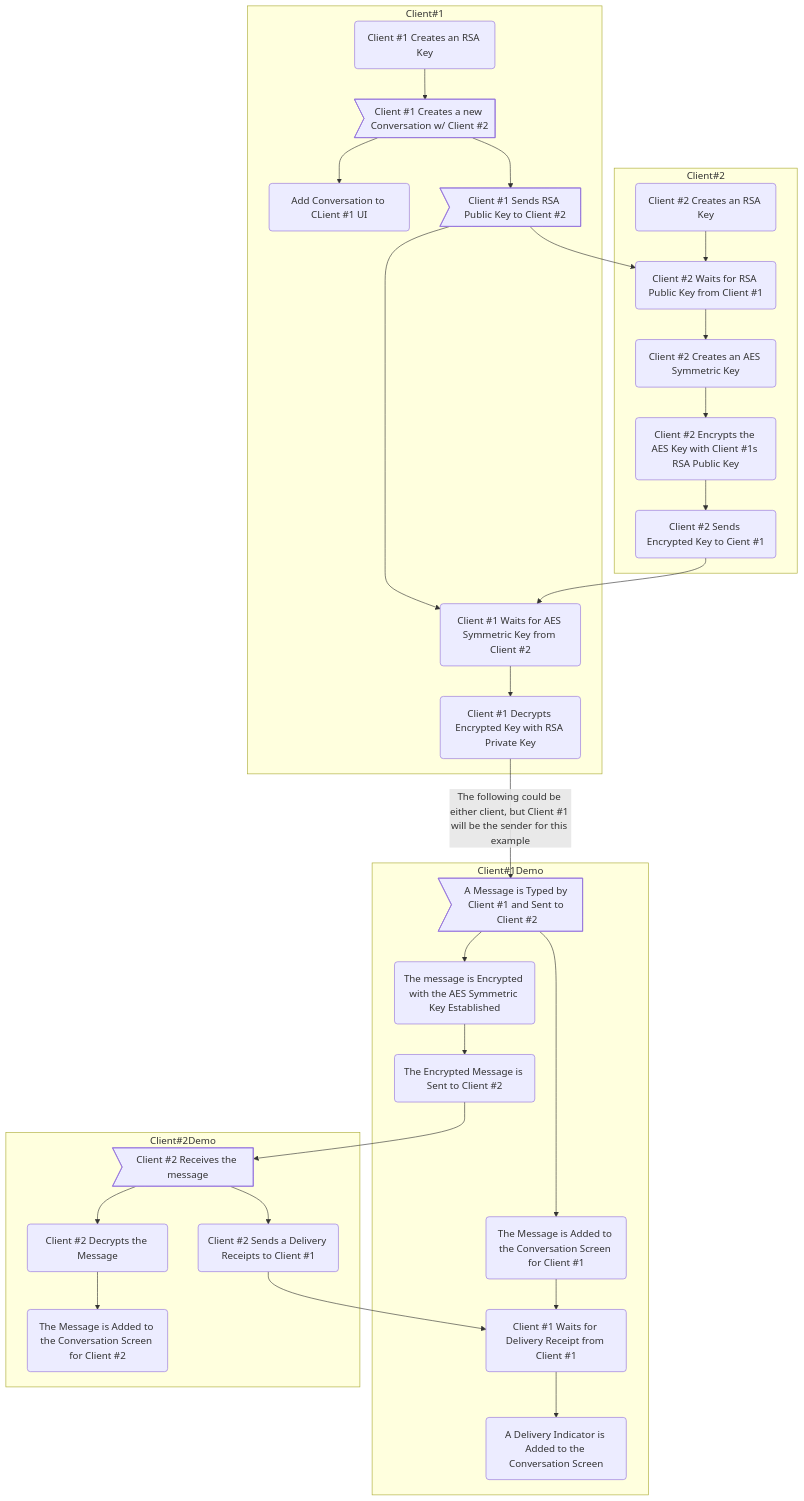
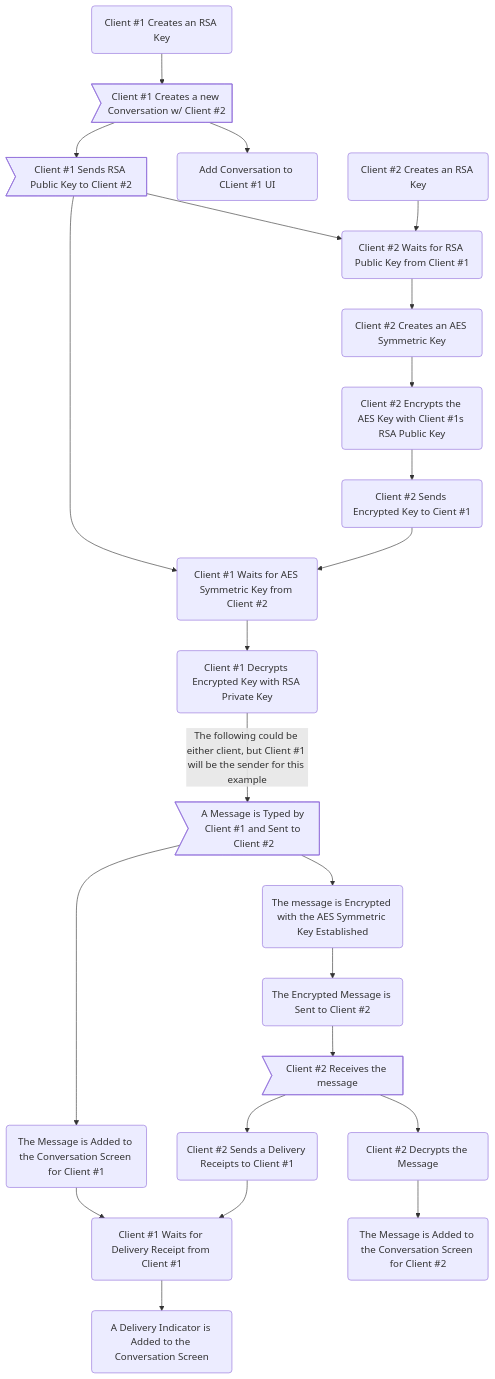
Before and after one commit to xXCrash2BomberXx/TinyChat: the diagram in README.md, drawn with Mermaid.

````diff
--- a/README.md
+++ b/README.md
@@ -72,35 +72,25 @@
 ```mermaid
 graph TB;
-  subgraph "Client#1"
   A(Client #1 Creates an RSA Key) --> B>Client #1 Creates a new Conversation w/ Client #2];
   B --> D(Add Conversation to CLient #1 UI);
   B --> E>Client #1 Sends RSA Public Key to Client #2];
-  end
-  subgraph "Client#2"
   F(Client #2 Creates an RSA Key) --> G(Client #2 Waits for RSA Public Key from Client #1);
   E --> G;
   G --> H(Client #2 Creates an AES Symmetric Key);
   H -->I(Client #2 Encrypts the AES Key with Client #1s RSA Public Key);
   I -->J(Client #2 Sends Encrypted Key to Cient #1);
-  end
-  subgraph "Client#1"
   E --> K(Client #1 Waits for AES Symmetric Key from Client #2);
   J --> K;
   K --> L(Client #1 Decrypts Encrypted Key with RSA Private Key);
-  end
-  subgraph "Client#1Demo"
   L --> |The following could be either client, but Client #1 will be the sender for this example| M>A Message is Typed by Client #1 and Sent to Client #2];
   M --> N(The message is Encrypted with the AES Symmetric Key Established);
   N --> O(The Encrypted Message is Sent to Client #2);
   M --> Q(The Message is Added to the Conversation Screen for Client #1);
   Q --> R(Client #1 Waits for Delivery Receipt from Client #1);
   R --> V(A Delivery Indicator is Added to the Conversation Screen);
-  end
-  subgraph "Client#2Demo"
   O --> P>Client #2 Receives the message];
   P --> S(Client #2 Decrypts the Message);
   S --> T(The Message is Added to the Conversation Screen for Client #2);
   P --> U(Client #2 Sends a Delivery Receipts to Client #1);
   U --> R;
-  end
 ```
````
